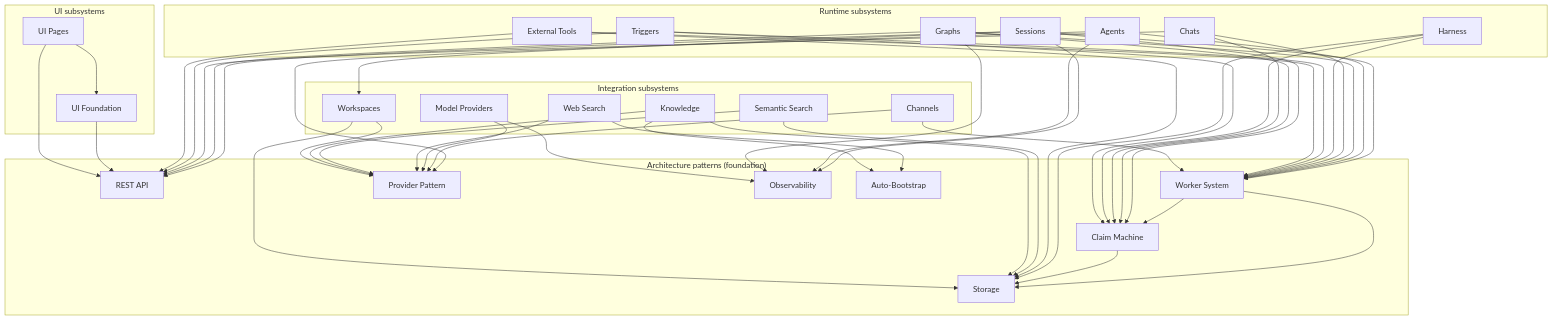
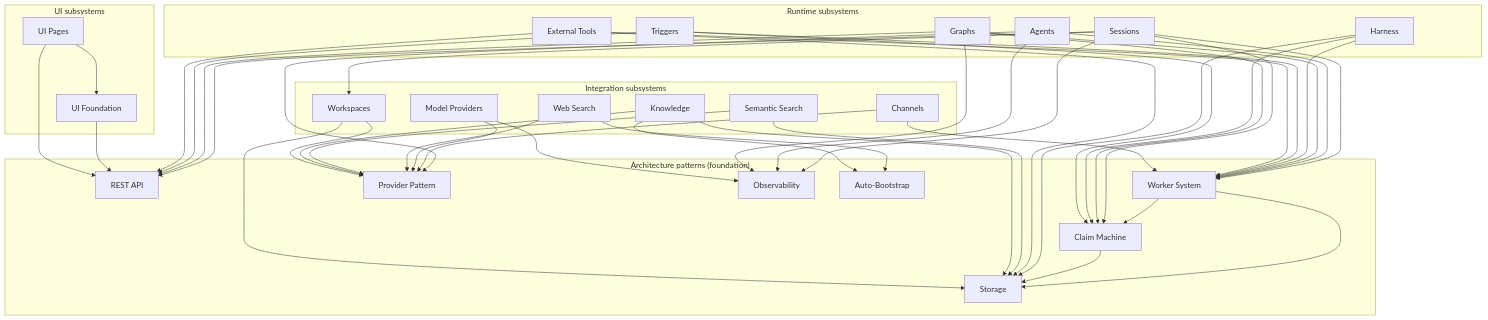
Before and after one commit to primerhq/primer: the diagram in docs/dev/README.md, drawn with Mermaid. The commit also changed other lines of this file and 9 other files, not shown here.

First line of the commit message:
docs(dev): correct the architecture docs for the three-kind claim machine

```diff
--- a/docs/dev/README.md
+++ b/docs/dev/README.md
@@ -36,7 +36,6 @@
         sessions[Sessions]
         agents[Agents]
         graphs[Graphs]
-        chats[Chats]
         harness[Harness]
         triggers[Triggers]
         exttools[External Tools]
@@ -75,10 +74,6 @@
     graphs --> obs
     graphs --> rest
 
-    chats --> worker
-    chats --> claim
-    chats --> rest
-
     harness --> claim
     harness --> worker
     harness --> storage
```
